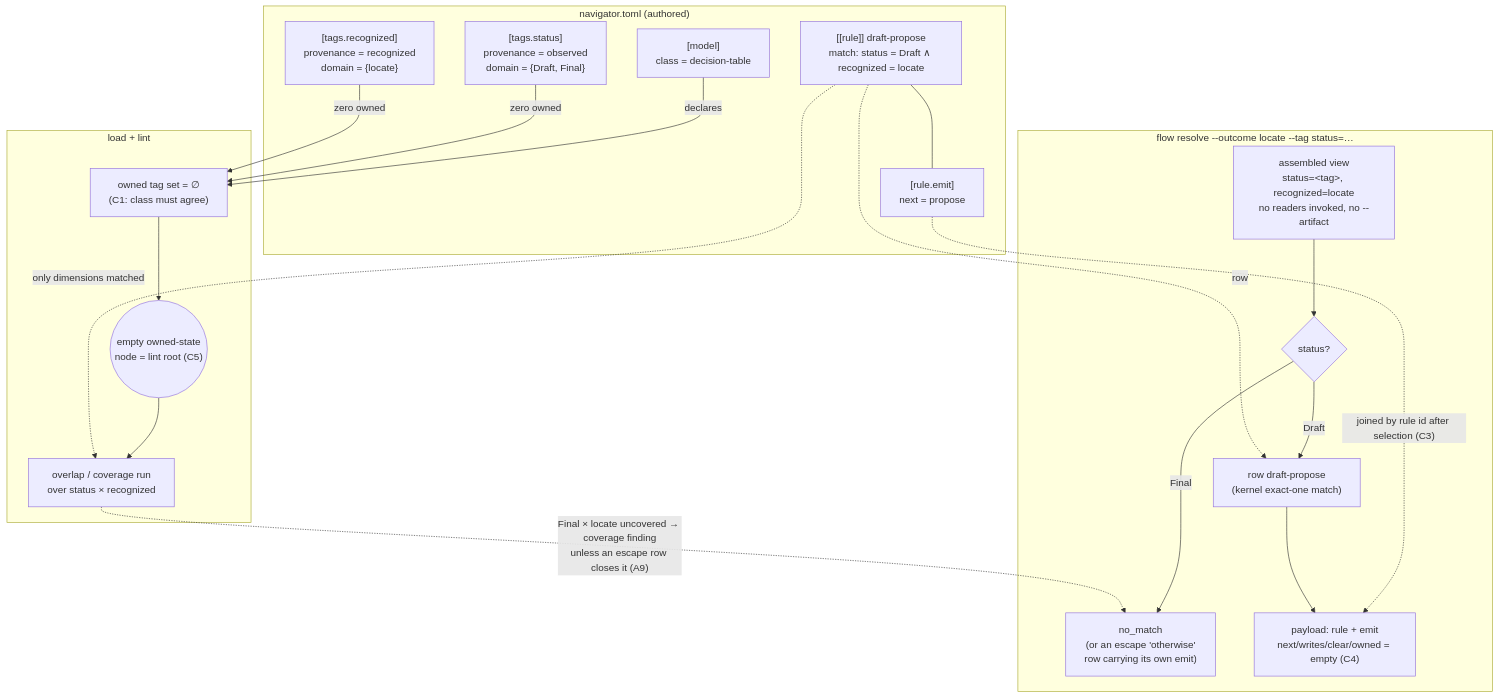
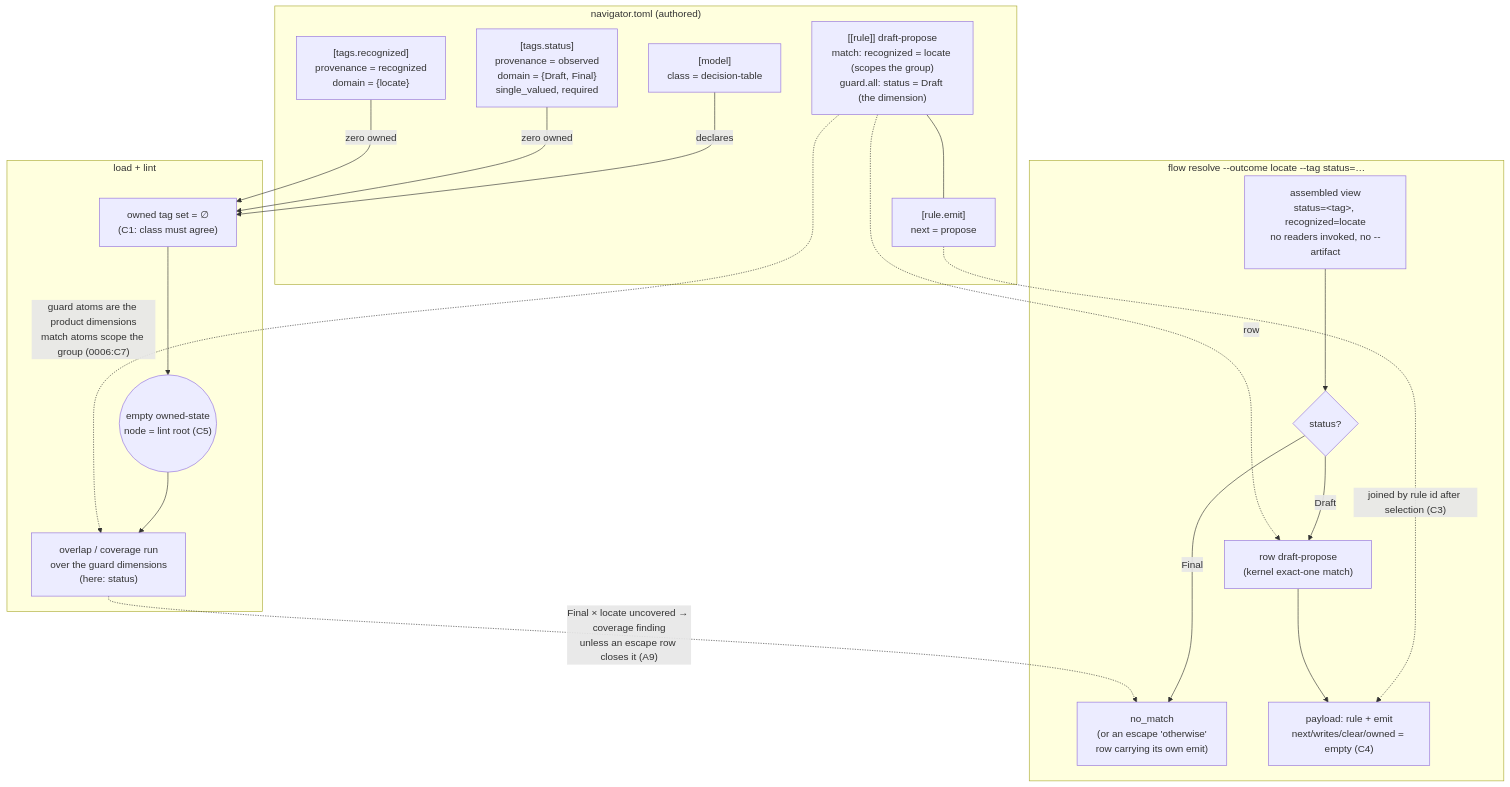
The diagram in docs/rdr/0010-stateless-decision-tables.md (cwensel/intrastate), drawn with Mermaid before and after one commit. The commit also changed other lines of this file, not shown here.

Commit message:
docs(rdr): resolve cli/0010 — 11 assumptions verified; guard-block dimensions corrected

````diff
--- a/docs/rdr/0010-stateless-decision-tables.md
+++ b/docs/rdr/0010-stateless-decision-tables.md
@@ -489,38 +635,38 @@
 ```mermaid
 flowchart TB
   subgraph toml["navigator.toml (authored)"]
     M["[model]<br/>class = decision-table"]
-    T1["[tags.status]<br/>provenance = observed<br/>domain = {Draft, Final}"]
+    T1["[tags.status]<br/>provenance = observed<br/>domain = {Draft, Final}<br/>single_valued, required"]
     T2["[tags.recognized]<br/>provenance = recognized<br/>domain = {locate}"]
-    R["[[rule]] draft-propose<br/>match: status = Draft ∧ recognized = locate"]
+    R["[[rule]] draft-propose<br/>match: recognized = locate (scopes the group)<br/>guard.all: status = Draft (the dimension)"]
     E["[rule.emit]<br/>next = propose"]
     R --- E
   end
 
   subgraph load["load + lint"]
     OWN["owned tag set = ∅<br/>(C1: class must agree)"]
     ROOT(("empty owned-state<br/>node = lint root (C5)"))
-    COV["overlap / coverage run<br/>over status × recognized"]
+    COV["overlap / coverage run<br/>over the guard dimensions<br/>(here: status)"]
   end
 
   M -->|"declares"| OWN
   T1 & T2 -->|"zero owned"| OWN
   OWN --> ROOT --> COV
-  R -.->|"only dimensions matched"| COV
+  R -.->|"guard atoms are the product dimensions<br/>match atoms scope the group (0006:C7)"| COV
 
   subgraph resolve["flow resolve --outcome locate --tag status=…"]
     V["assembled view<br/>status=&lt;tag&gt;, recognized=locate<br/>no readers invoked, no --artifact"]
     D{"status?"}
     HIT["row draft-propose<br/>(kernel exact-one match)"]
     MISS["no_match<br/>(or an escape 'otherwise'<br/>row carrying its own emit)"]
     P["payload: rule + emit<br/>next/writes/clear/owned = empty (C4)"]
   end
 
   V --> D
   D -->|"Draft"| HIT
   D -->|"Final"| MISS
   R -.->|"row"| HIT
   E -.->|"joined by rule id after selection (C3)"| P
   HIT --> P
   COV -.->|"Final × locate uncovered → coverage finding<br/>unless an escape row closes it (A9)"| MISS
 ```
````
